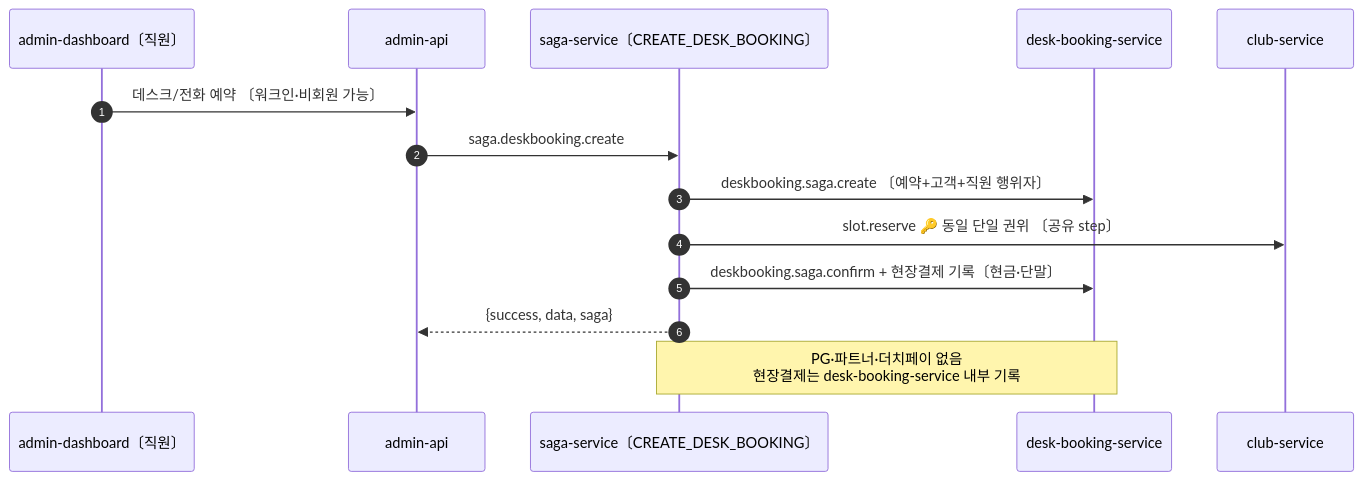
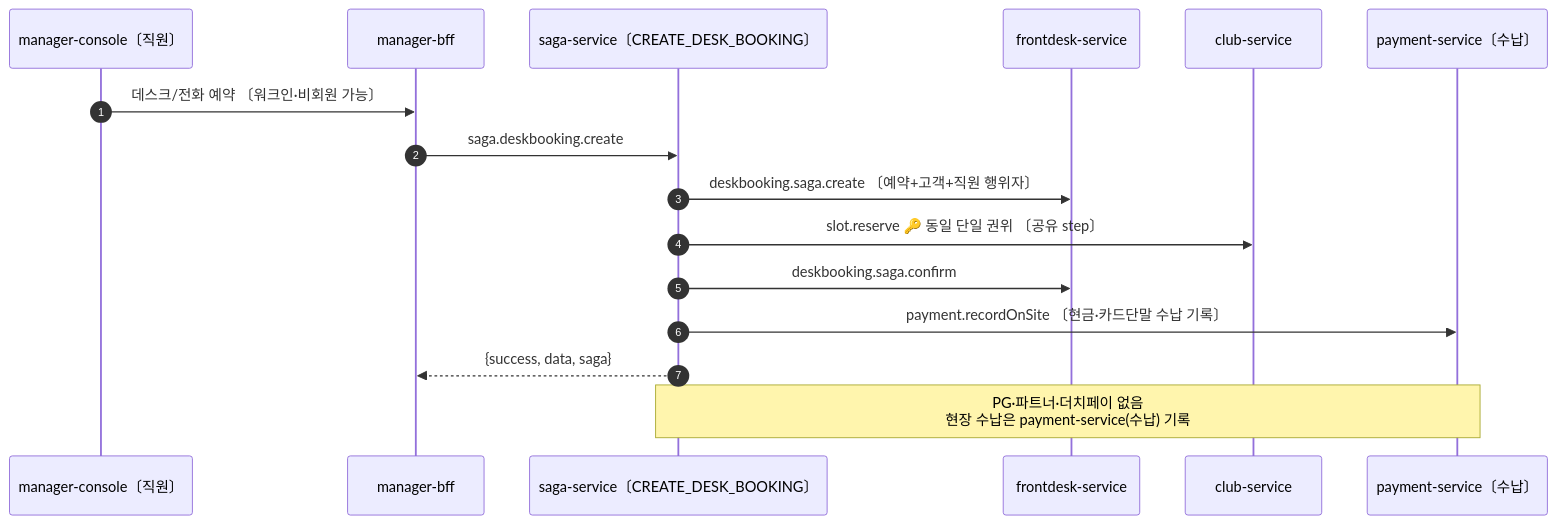
One commit to uniyous/parkgolf-platform changed the seventh of 10 diagrams in docs/architecture/erp-booking-split.md. Above: the diagram before and after it, drawn with Mermaid. The commit also changed other lines of this file and 793 other files, not shown here.

````diff
--- a/docs/architecture/erp-booking-split.md
+++ b/docs/architecture/erp-booking-split.md
@@ -247,17 +371,19 @@
 ```mermaid
 sequenceDiagram
     autonumber
-    participant ST as admin-dashboard〔직원〕
-    participant AAPI as admin-api
+    participant ST as manager-console〔직원〕
+    participant MB as manager-bff
     participant SG as saga-service〔CREATE_DESK_BOOKING〕
-    participant CB as desk-booking-service
+    participant FD as frontdesk-service
     participant CL as club-service
+    participant PM as payment-service〔수납〕
 
-    ST->>AAPI: 데스크/전화 예약 〔워크인·비회원 가능〕
-    AAPI->>SG: saga.deskbooking.create
-    SG->>CB: deskbooking.saga.create 〔예약+고객+직원 행위자〕
+    ST->>MB: 데스크/전화 예약 〔워크인·비회원 가능〕
+    MB->>SG: saga.deskbooking.create
+    SG->>FD: deskbooking.saga.create 〔예약+고객+직원 행위자〕
     SG->>CL: slot.reserve 🔑 동일 단일 권위 〔공유 step〕
-    SG->>CB: deskbooking.saga.confirm + 현장결제 기록〔현금·단말〕
-    SG-->>AAPI: {success, data, saga}
-    Note over CB,SG: PG·파트너·더치페이 없음<br/>현장결제는 desk-booking-service 내부 기록
+    SG->>FD: deskbooking.saga.confirm
+    SG->>PM: payment.recordOnSite 〔현금·카드단말 수납 기록〕
+    SG-->>MB: {success, data, saga}
+    Note over PM,SG: PG·파트너·더치페이 없음<br/>현장 수납은 payment-service(수납) 기록
 ```
````
